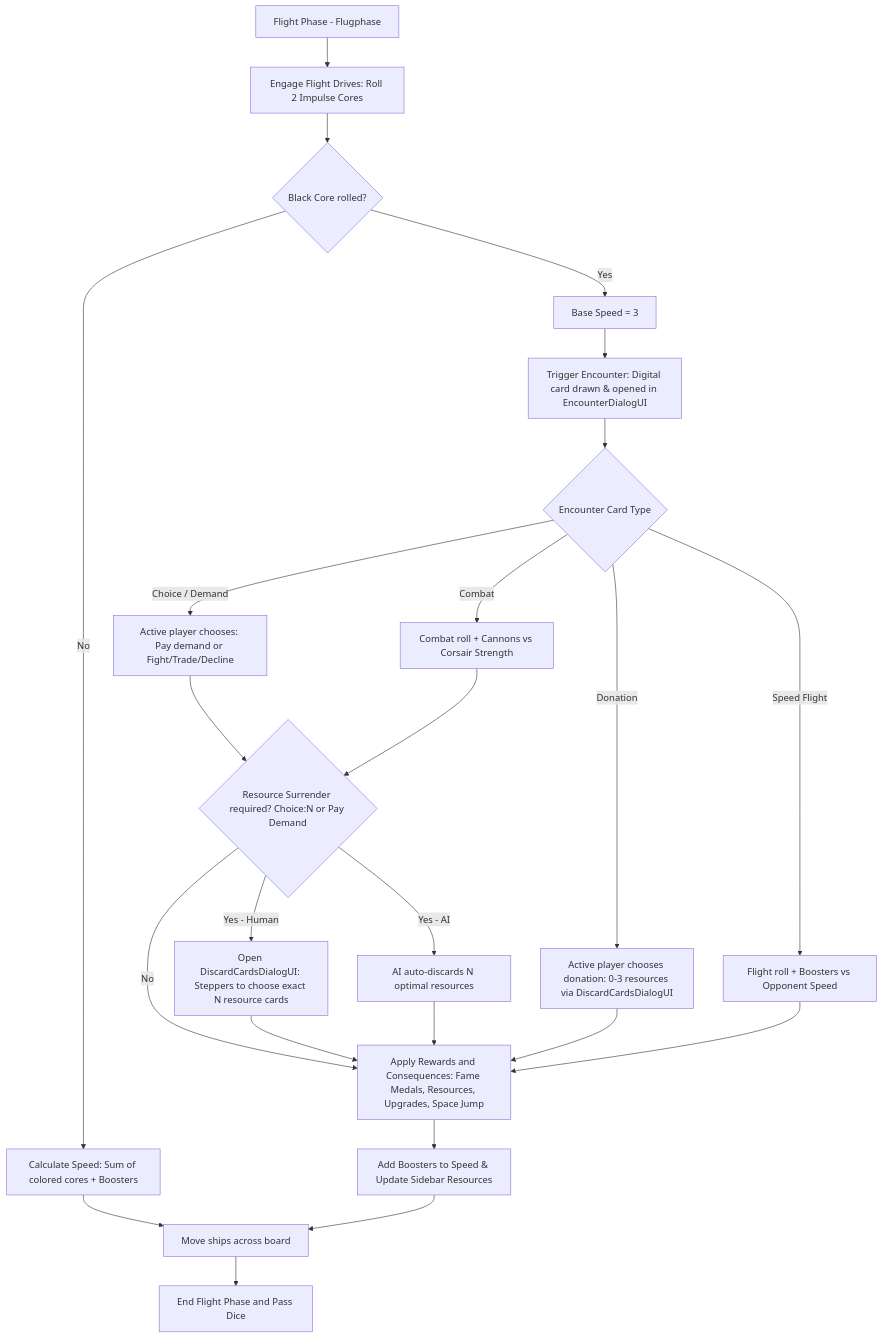
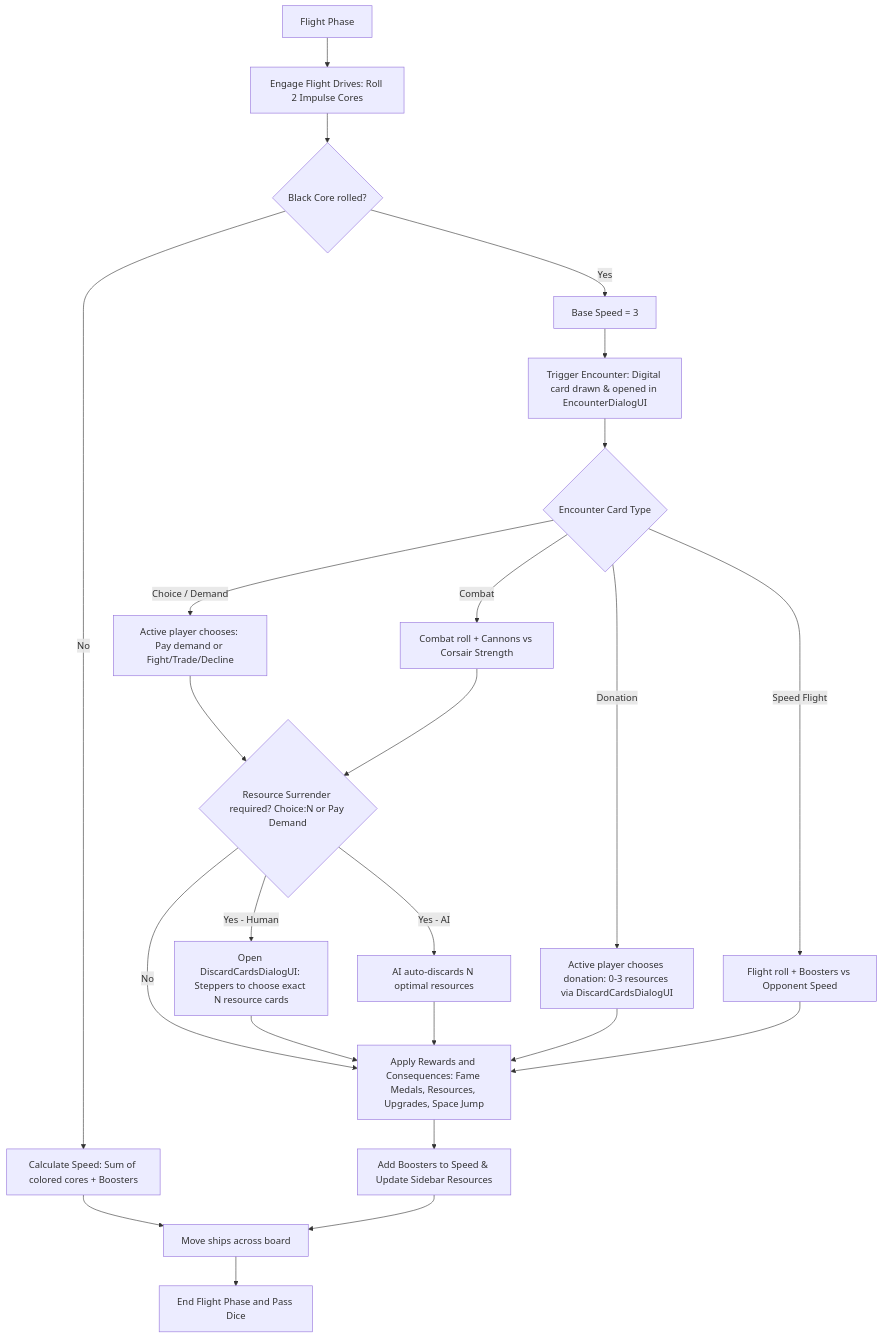
One commit to Zork80/DeepSpacePioneers changed the fifth of 7 diagrams in README.md. Above: the diagram before and after it, drawn with Mermaid. The commit also changed other lines of this file, not shown here.

````diff
--- a/README.md
+++ b/README.md
@@ -350,32 +350,32 @@
 ```mermaid
 flowchart TD
-    FlightStart["Flight Phase - Flugphase"] --> RollImpulse["Engage Flight Drives: Roll 2 Impulse Cores"]
+    FlightStart["Flight Phase"] --> RollImpulse["Engage Flight Drives: Roll 2 Impulse Cores"]
     RollImpulse --> BlackCore{"Black Core rolled?"}
 
     BlackCore -->|No| NormalSpeed["Calculate Speed: Sum of colored cores + Boosters"]
     NormalSpeed --> MoveUnits["Move ships across board"]
 
     BlackCore -->|Yes| BaseSpeed["Base Speed = 3"]
     BaseSpeed --> TriggerEncounter["Trigger Encounter: Digital card drawn & opened in EncounterDialogUI"]
     TriggerEncounter --> EncounterType{"Encounter Card Type"}
     
     EncounterType -->|Donation| DonateAction["Active player chooses donation: 0-3 resources via DiscardCardsDialogUI"]
     EncounterType -->|Combat| BattleCorsair["Combat roll + Cannons vs Corsair Strength"]
     EncounterType -->|Speed Flight| SpeedTest["Flight roll + Boosters vs Opponent Speed"]
     EncounterType -->|Choice / Demand| PlayerChoice["Active player chooses: Pay demand or Fight/Trade/Decline"]
 
     PlayerChoice --> NeedSurrender{"Resource Surrender required? Choice:N or Pay Demand"}
     NeedSurrender -->|Yes - Human| ModalDiscard["Open DiscardCardsDialogUI: Steppers to choose exact N resource cards"]
     NeedSurrender -->|Yes - AI| AutoDiscard["AI auto-discards N optimal resources"]
     NeedSurrender -->|No| ApplyEffects
     ModalDiscard --> ApplyEffects["Apply Rewards and Consequences: Fame Medals, Resources, Upgrades, Space Jump"]
     AutoDiscard --> ApplyEffects
 
     DonateAction --> ApplyEffects
     BattleCorsair --> NeedSurrender
     SpeedTest --> ApplyEffects
     ApplyEffects --> AddBoosters["Add Boosters to Speed & Update Sidebar Resources"]
     AddBoosters --> MoveUnits
 
     MoveUnits --> FlightEnd["End Flight Phase and Pass Dice"]
 ```
````
